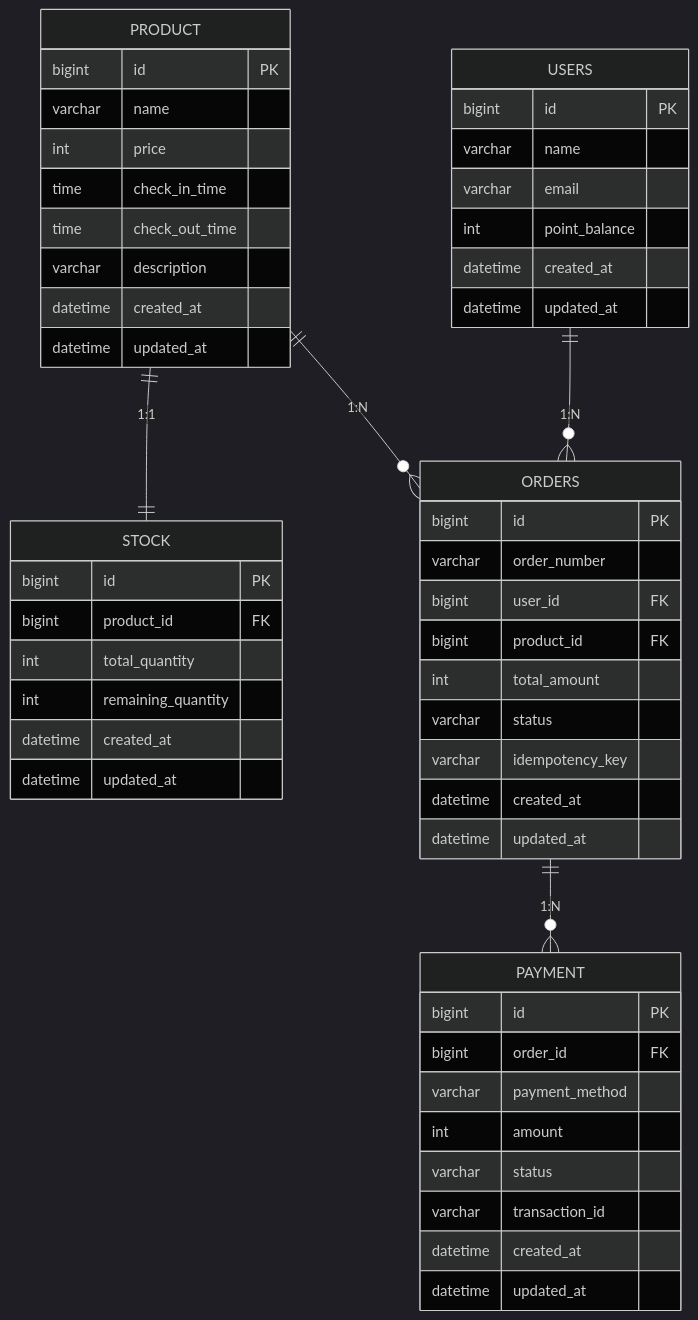
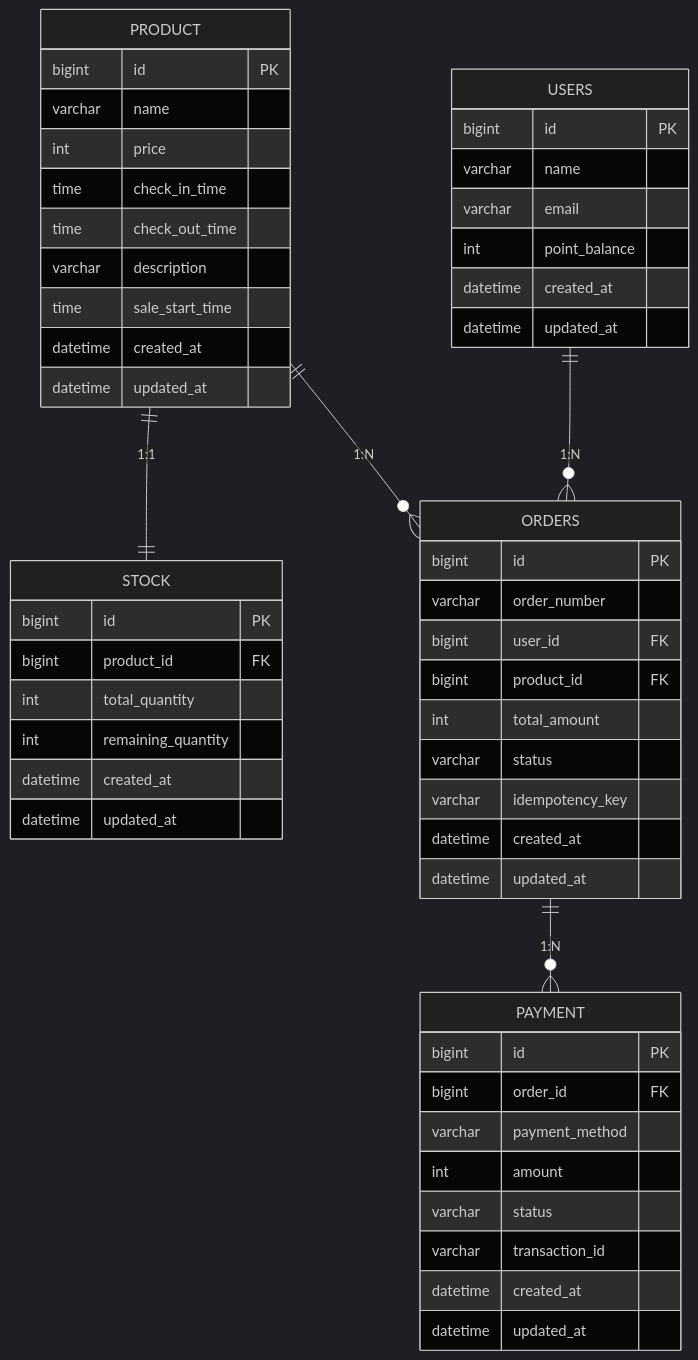
Before and after one commit to hyunmin0317/reservation-payment-platform: the first of 4 diagrams in README.md, drawn with Mermaid (dark theme). The commit also changed other lines of this file and 3 other files, not shown here.

````diff
--- a/README.md
+++ b/README.md
@@ -232,59 +235,60 @@
 ```mermaid
 erDiagram
     PRODUCT {
         bigint id PK
         varchar name
         int price
         time check_in_time
         time check_out_time
         varchar description
+        time sale_start_time
         datetime created_at
         datetime updated_at
     }
 
     STOCK {
         bigint id PK
         bigint product_id FK
         int total_quantity
         int remaining_quantity
         datetime created_at
         datetime updated_at
     }
 
     USERS {
         bigint id PK
         varchar name
         varchar email
         int point_balance
         datetime created_at
         datetime updated_at
     }
 
     ORDERS {
         bigint id PK
         varchar order_number
         bigint user_id FK
         bigint product_id FK
         int total_amount
         varchar status
         varchar idempotency_key
         datetime created_at
         datetime updated_at
     }
 
     PAYMENT {
         bigint id PK
         bigint order_id FK
         varchar payment_method
         int amount
         varchar status
         varchar transaction_id
         datetime created_at
         datetime updated_at
     }
 
     PRODUCT ||--|| STOCK : "1:1"
     USERS ||--o{ ORDERS : "1:N"
     PRODUCT ||--o{ ORDERS : "1:N"
     ORDERS ||--o{ PAYMENT : "1:N"
 ```
````
